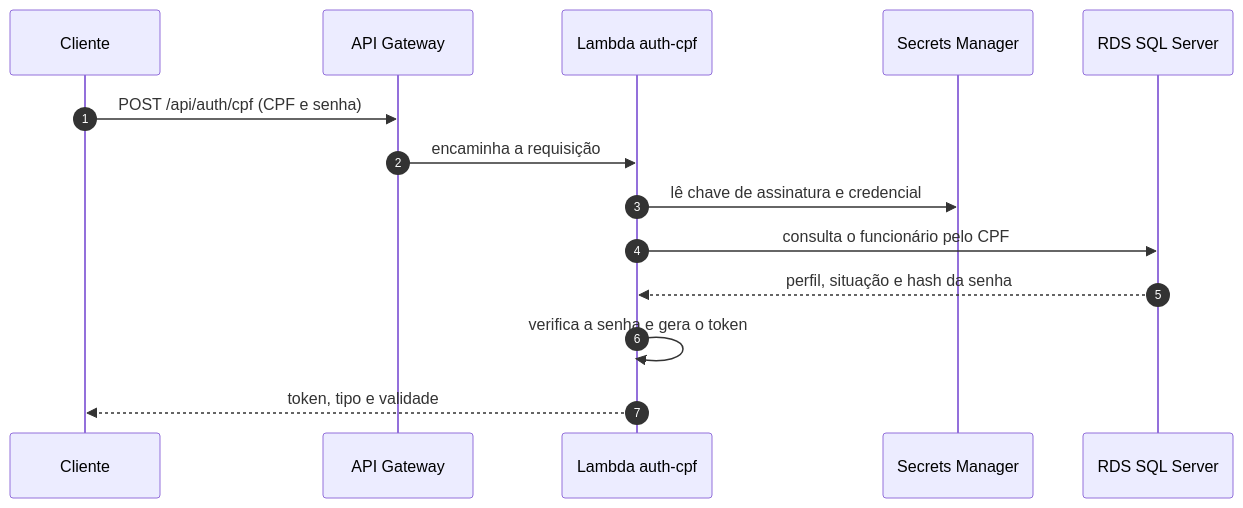
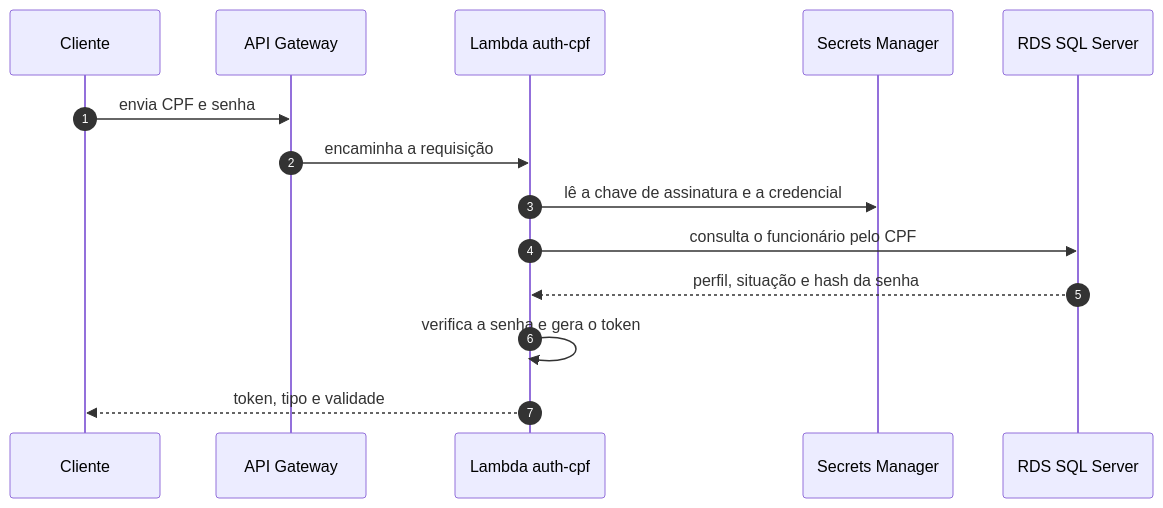
Before and after one commit to fabianorodrigues/oficina-auth-lambda-fiap-fase4: the second of 3 diagrams in README.md, drawn with Mermaid. The commit also changed other lines of this file, not shown here.

````diff
--- a/README.md
+++ b/README.md
@@ -80,17 +137,17 @@
 ```mermaid
 sequenceDiagram
     autonumber
     participant C as Cliente
     participant G as API Gateway
     participant L as Lambda auth-cpf
     participant S as Secrets Manager
     participant D as RDS SQL Server
 
-    C->>G: POST /api/auth/cpf (CPF e senha)
+    C->>G: envia CPF e senha
     G->>L: encaminha a requisição
-    L->>S: lê chave de assinatura e credencial
+    L->>S: lê a chave de assinatura e a credencial
     L->>D: consulta o funcionário pelo CPF
     D-->>L: perfil, situação e hash da senha
     L->>L: verifica a senha e gera o token
     L-->>C: token, tipo e validade
 ```
````
